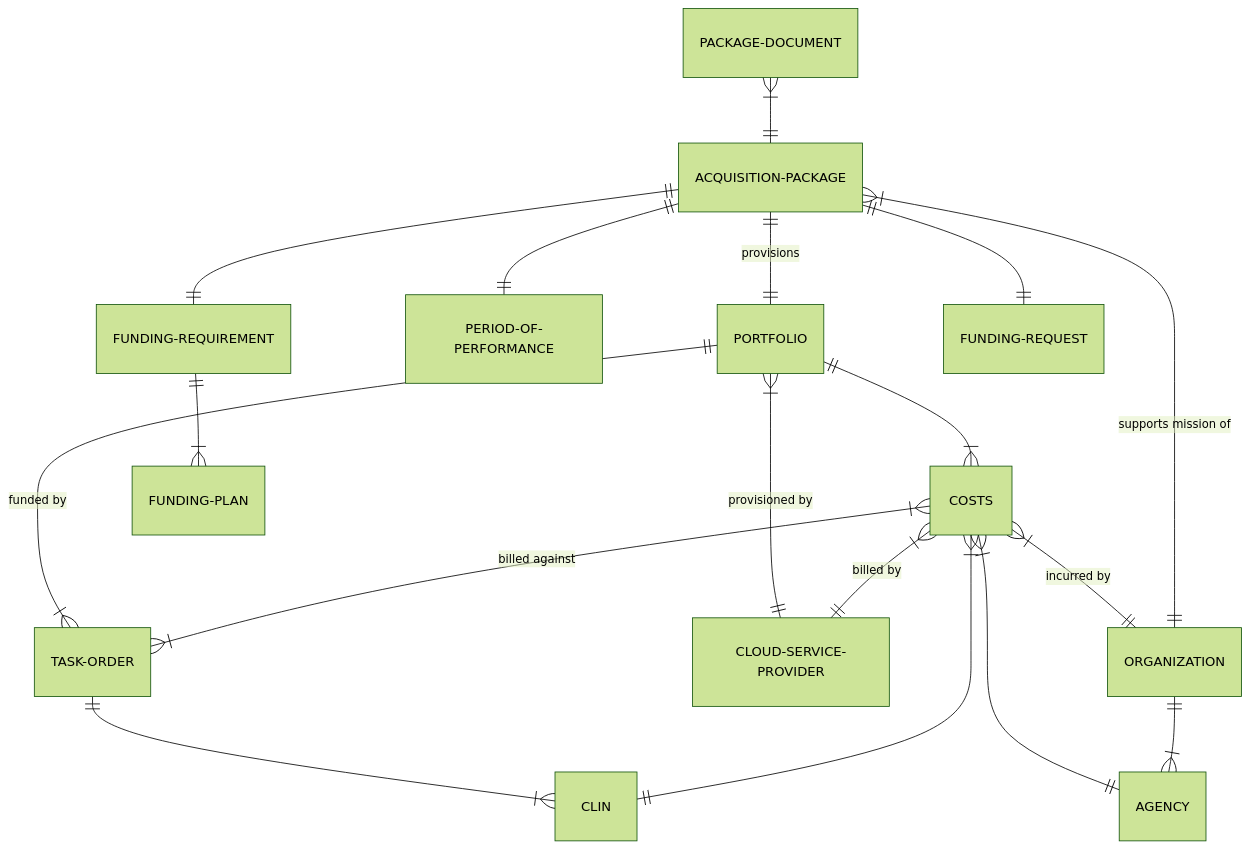
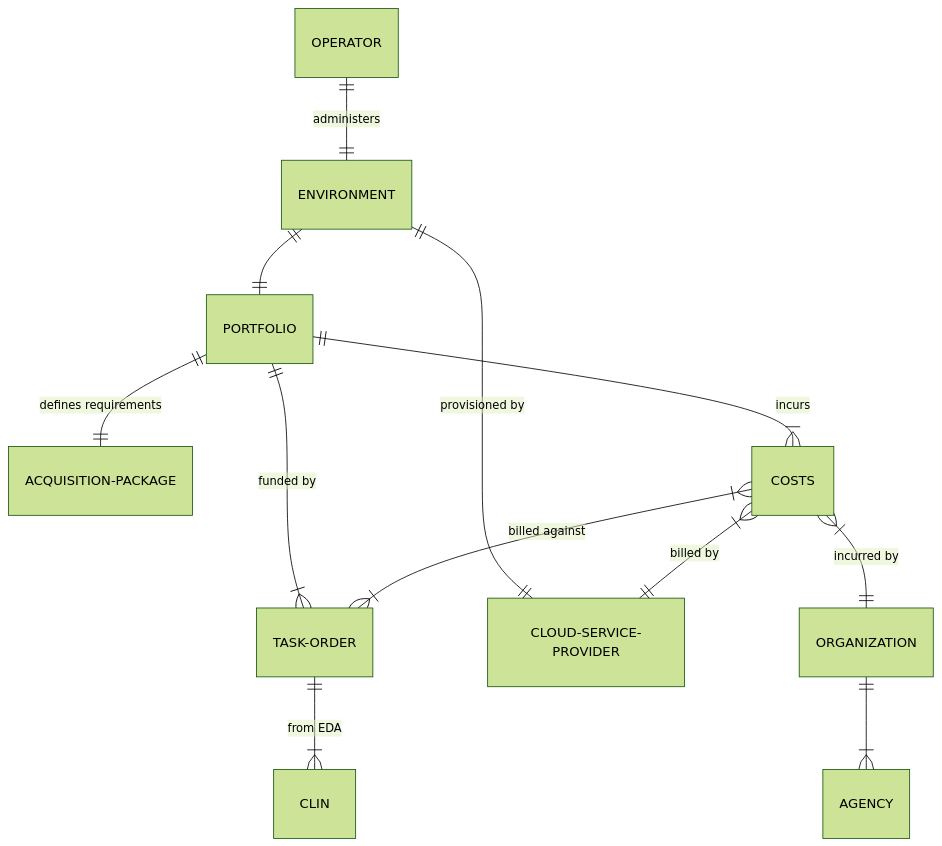
One commit to dod-ccpo/atat-snow changed the second of 3 diagrams in diagrams.md. Above: the diagram before and after it, drawn with Mermaid (forest theme). The commit also changed other lines of this file, not shown here.

Commit message:
Update diagram - split ERD into separate DAPPS and ATAT diagrams - add Environment entity - adjust for current understanding and clarity

````diff
--- a/diagrams.md
+++ b/diagrams.md
@@ -5,24 +21,14 @@
 ```mermaid
 erDiagram
-    %% Portfolio
+    PORTFOLIO ||--|| ACQUISITION-PACKAGE : "defines requirements"
     PORTFOLIO ||--|{ TASK-ORDER : "funded by"
-    TASK-ORDER ||--|{ CLIN : ""
-    PORTFOLIO ||--|{ COSTS : ""
-    PORTFOLIO }|--|| CLOUD-SERVICE-PROVIDER : "provisioned by"
-    COSTS }|--|| CLIN : ""
+    TASK-ORDER ||--|{ CLIN : "from EDA"
+    PORTFOLIO ||--|{ COSTS : "incurs"
+    ENVIRONMENT ||--|| PORTFOLIO : ""
+    ENVIRONMENT ||--|| CLOUD-SERVICE-PROVIDER : "provisioned by"
     COSTS }|--|| CLOUD-SERVICE-PROVIDER : "billed by"
     COSTS }|--|{ TASK-ORDER : "billed against"
     COSTS }|--|| ORGANIZATION : "incurred by"
-    COSTS }|--|| AGENCY : ""
-
-    %% Package
-    ACQUISITION-PACKAGE ||--|| PORTFOLIO : "provisions"
-    ACQUISITION-PACKAGE }|--|| ORGANIZATION : "supports mission of"
     ORGANIZATION ||--|{ AGENCY : ""
-    ACQUISITION-PACKAGE ||--|| PERIOD-OF-PERFORMANCE : ""
-    PACKAGE-DOCUMENT }|--|| ACQUISITION-PACKAGE : ""
-    %% - funding
-    ACQUISITION-PACKAGE ||--|| FUNDING-REQUIREMENT : ""
-    FUNDING-REQUIREMENT ||--|{ FUNDING-PLAN : ""
-    ACQUISITION-PACKAGE ||--|| FUNDING-REQUEST : ""
+    OPERATOR ||--|| ENVIRONMENT : "administers"
 ```
````
